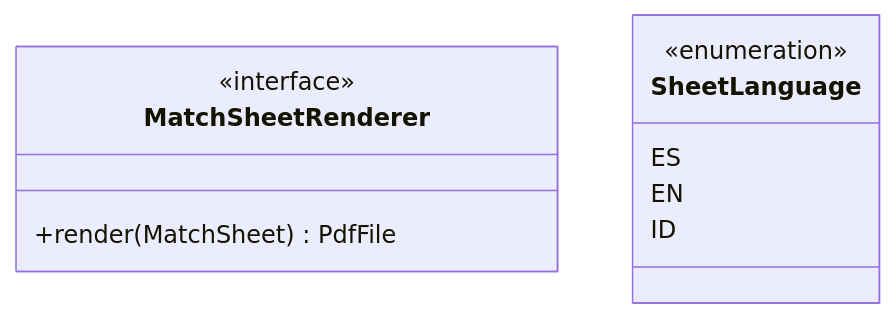
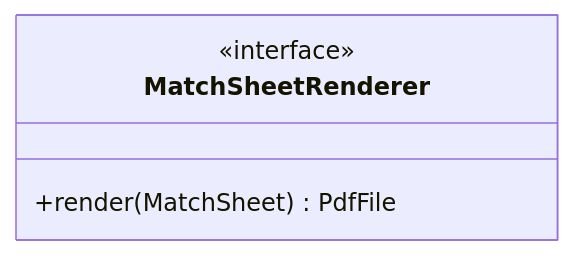
Before and after one commit to davidbejar/hoops-academy: the ninth of 9 diagrams in docs/domain/game-model.md, drawn with Mermaid. The commit also changed other lines of this file and 1 other file, not shown here.

Commit message:
docs(domain): model pages after the move of the exceptions, paging and language types to common (WP137)

````diff
--- a/docs/domain/game-model.md
+++ b/docs/domain/game-model.md
@@ -590,13 +590,7 @@
 ```mermaid
 classDiagram
     class MatchSheetRenderer {
         <<interface>>
         +render(MatchSheet) PdfFile
     }
-    class SheetLanguage {
-        <<enumeration>>
-        ES
-        EN
-        ID
-    }
 ```
````
